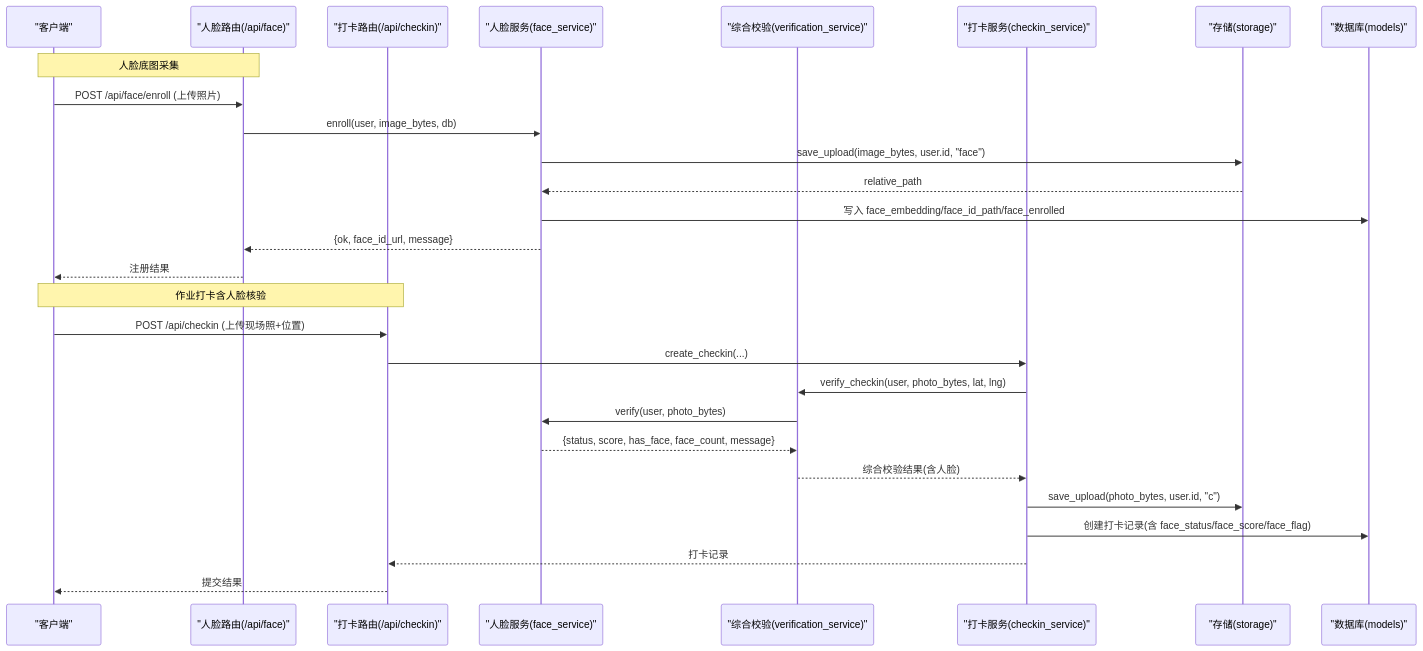
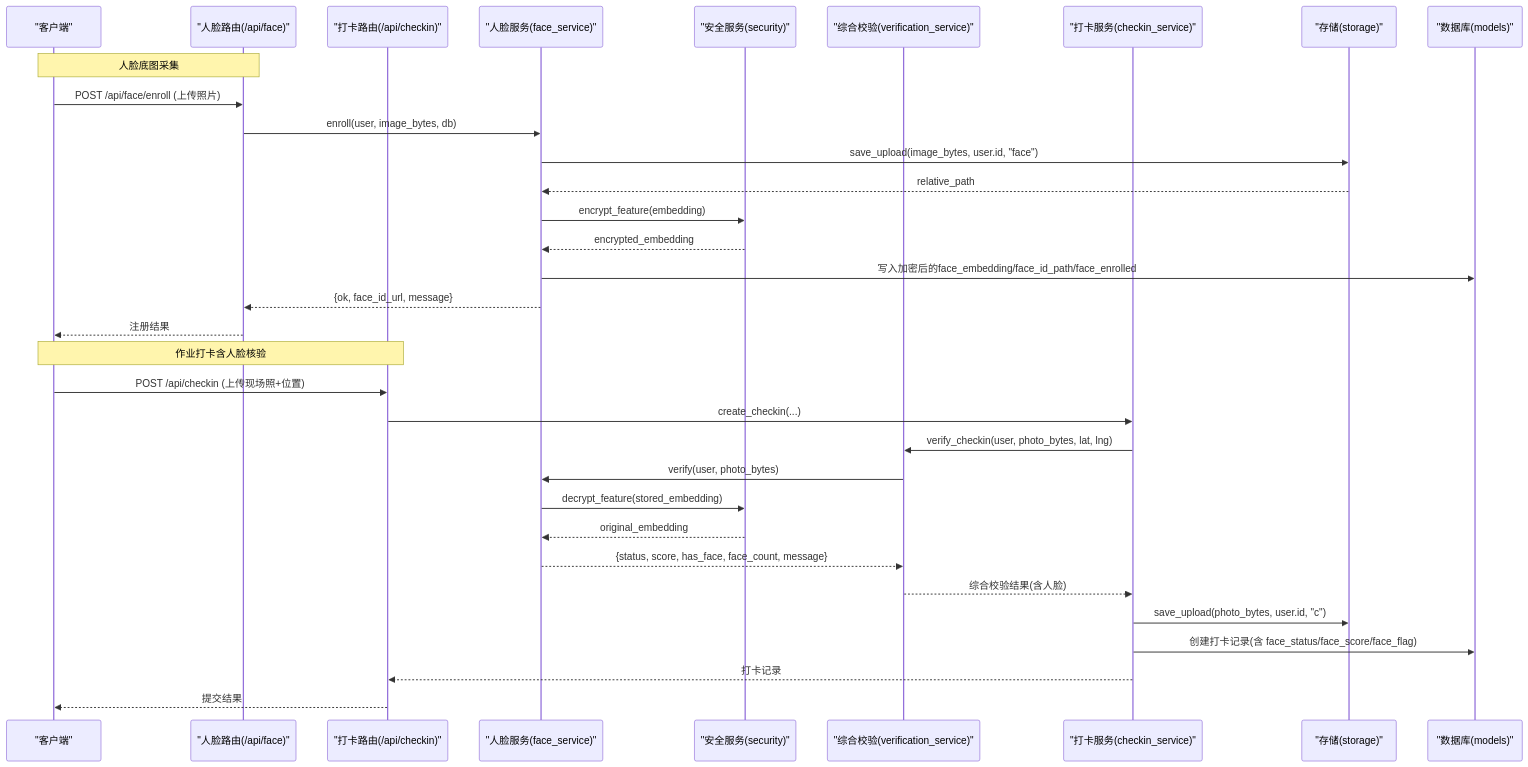
Before and after one commit to onebody/homework: the second of 7 diagrams in .qoder/repowiki/zh/content/暑假作业打卡系统/后端服务架构/服务层架构/人脸识别服务.md, drawn with Mermaid. The commit also changed other lines of this file and 14 other files, not shown here.

````diff
--- a/.qoder/repowiki/zh/content/暑假作业打卡系统/后端服务架构/服务层架构/人脸识别服务.md
+++ b/.qoder/repowiki/zh/content/暑假作业打卡系统/后端服务架构/服务层架构/人脸识别服务.md
@@ -122,30 +130,35 @@
 ```mermaid
 sequenceDiagram
 participant Client as "客户端"
 participant RouterFace as "人脸路由(/api/face)"
 participant RouterCheckin as "打卡路由(/api/checkin)"
 participant FaceSvc as "人脸服务(face_service)"
+participant Security as "安全服务(security)"
 participant VerifySvc as "综合校验(verification_service)"
 participant CheckinSvc as "打卡服务(checkin_service)"
 participant Storage as "存储(storage)"
 participant DB as "数据库(models)"
 Note over Client,RouterFace : 人脸底图采集
 Client->>RouterFace : POST /api/face/enroll (上传照片)
 RouterFace->>FaceSvc : enroll(user, image_bytes, db)
 FaceSvc->>Storage : save_upload(image_bytes, user.id, "face")
 Storage-->>FaceSvc : relative_path
-FaceSvc->>DB : 写入 face_embedding/face_id_path/face_enrolled
+FaceSvc->>Security : encrypt_feature(embedding)
+Security-->>FaceSvc : encrypted_embedding
+FaceSvc->>DB : 写入加密后的face_embedding/face_id_path/face_enrolled
 FaceSvc-->>RouterFace : {ok, face_id_url, message}
 RouterFace-->>Client : 注册结果
 Note over Client,RouterCheckin : 作业打卡含人脸核验
 Client->>RouterCheckin : POST /api/checkin (上传现场照+位置)
 RouterCheckin->>CheckinSvc : create_checkin(...)
 CheckinSvc->>VerifySvc : verify_checkin(user, photo_bytes, lat, lng)
 VerifySvc->>FaceSvc : verify(user, photo_bytes)
+FaceSvc->>Security : decrypt_feature(stored_embedding)
+Security-->>FaceSvc : original_embedding
 FaceSvc-->>VerifySvc : {status, score, has_face, face_count, message}
 VerifySvc-->>CheckinSvc : 综合校验结果(含人脸)
 CheckinSvc->>Storage : save_upload(photo_bytes, user.id, "c")
 CheckinSvc->>DB : 创建打卡记录(含 face_status/face_score/face_flag)
 CheckinSvc-->>RouterCheckin : 打卡记录
 RouterCheckin-->>Client : 提交结果
 ```
````
